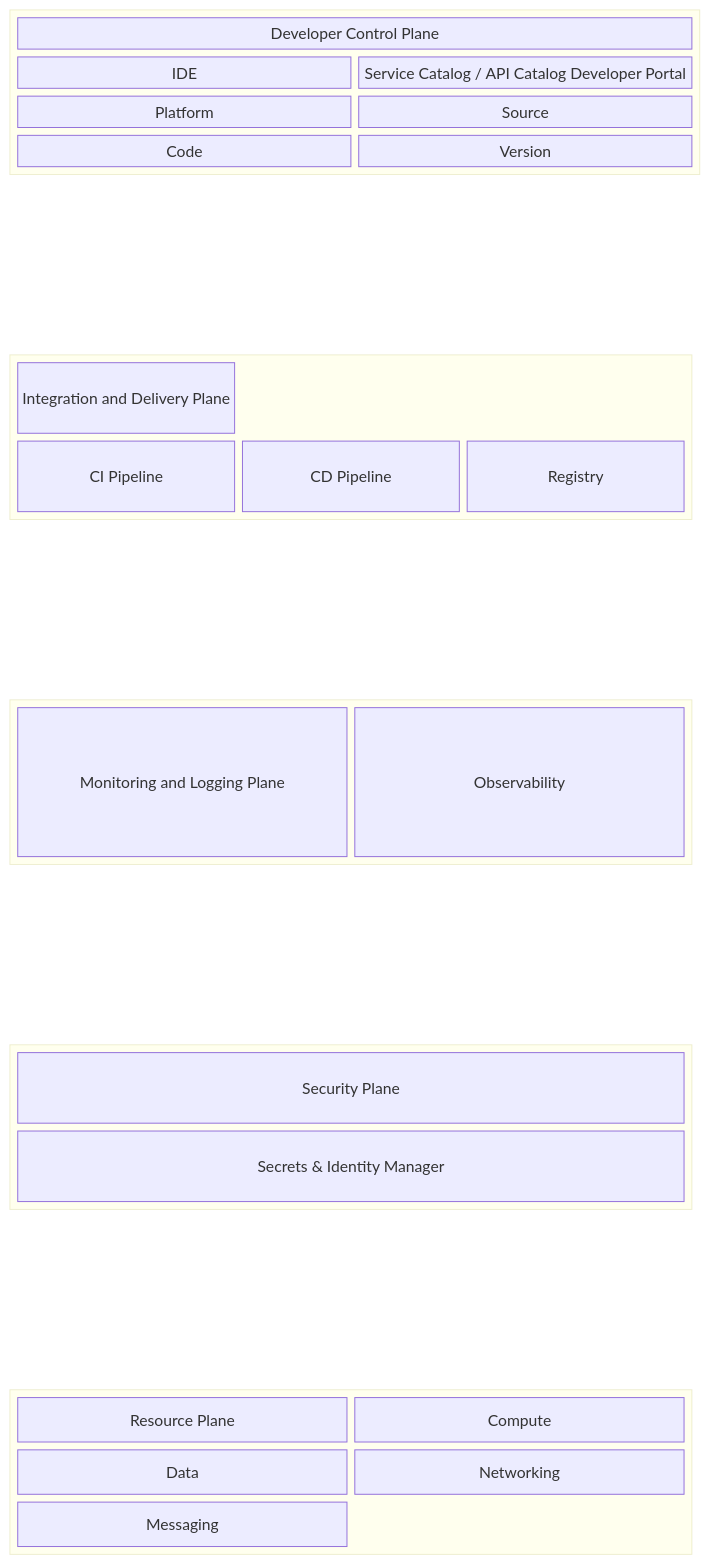
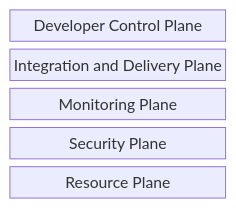
One commit to kennethteo/custom-build-platform changed the fifth of 5 diagrams in docs/architecture/overview.md. Above: the diagram before and after it, drawn with Mermaid. The commit also changed other lines of this file, not shown here.

Commit message:
feat: Refactor architecture overview by simplifying visual representations and enhancing descriptions of the Control Plane, Developer Plane, and Digital Experience Application layers

````diff
--- a/docs/architecture/overview.md
+++ b/docs/architecture/overview.md
@@ -142,41 +139,9 @@
 ```mermaid
 block-beta
 columns 1
-  block:control:1
-    columns 2
-    DCP ["Developer Control Plane"]:2
-    IDE ["IDE"]
-    CatalogPortal ["Service Catalog / API Catalog Developer Portal"]
-    Platform Source Code
-    Version control
-  end
-space  
-  block:group2:1
-    columns 3
-    IDP ["Integration and Delivery Plane"]:3
-    
-    CI ["CI Pipeline"]
-    CD ["CD Pipeline"]
-    Registry ["Registry"]
-  end 
-space
-  block:group3:1
-    Monitoring ["Monitoring and Logging Plane"]
-    Observability ["Observability"]
-  end
-space
-  block:group4:1
-    columns 1
+    DCP ["Developer Control Plane"]
+    IDP ["Integration and Delivery Plane"]
+    Monitoring ["Monitoring Plane"]
     Security ["Security Plane"]
-    Vaults ["Secrets & Identity Manager"]
-  end 
-space
-  block:group5:1
-    columns 2
     Resource["Resource Plane"]
-    Compute ["Compute"]
-    Data
-    Networking
-    Messaging
-  end
 ```
````
